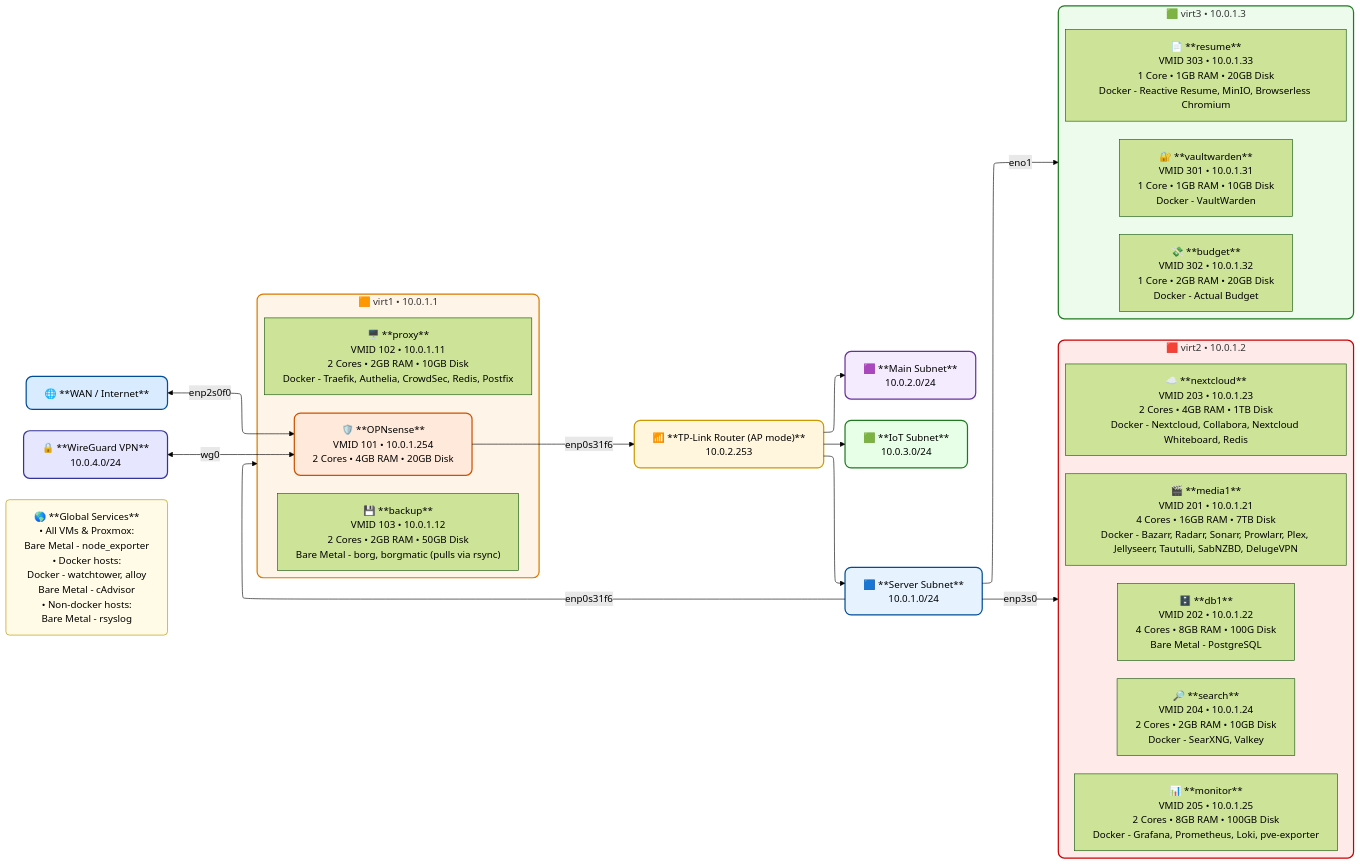
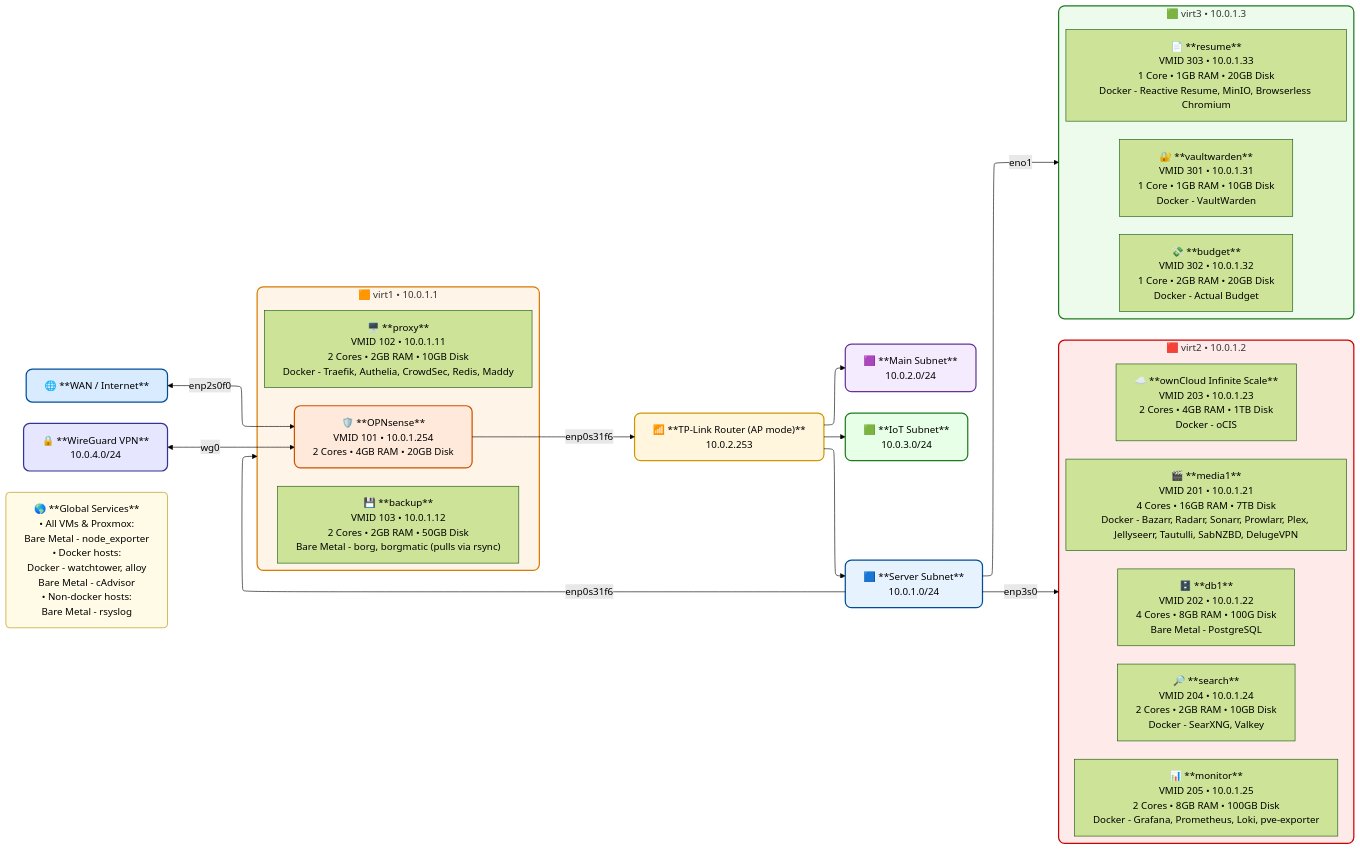
The diagram in docs/architecture.mmd (elihopk/homelab), drawn with Mermaid before and after one commit. The commit also changed 25 other files, not shown here.

First line of the commit message:
Refactor NextCloud to ownCloud migration

```diff
--- a/docs/architecture.mmd
+++ b/docs/architecture.mmd
@@ -1,84 +1,84 @@
 %%{init: {
   "startOnLoad": true,
   "securityLevel": "loose",
   "theme": "forest",
   "flowchart": {
     "htmlLabels": true,
     "padding": 15,
     "rankSpacing": 40,
     "nodeSpacing": 55,
     "wrappingWidth": 400
   },
   "layout": "elk"
 }}%%
 flowchart LR
 
 %% ===================== WAN =====================
 WAN["🌐 **WAN / Internet**"]
 style WAN fill:#d9ebff,stroke:#004c99,stroke-width:2px,rx:10,ry:10
 
 %% ===================== WireGuard =====================
 WG["🔒 **WireGuard VPN**<br />10.0.4.0/24"]
 style WG fill:#e6e6ff,stroke:#333399,stroke-width:2px,rx:10,ry:10
 
 %% ===================== OPNsense =====================
 OPN["🛡️ **OPNsense**<br />VMID 101 • 10.0.1.254<br/>2 Cores • 4GB RAM • 20GB Disk"]
 style OPN fill:#ffe9db,stroke:#cc5200,stroke-width:2px,rx:10,ry:10
 
 %% WAN to OPNsense (NIC)
 WAN <--> |enp2s0f0| OPN
 
 %% WireGuard to OPNsense (NIC)
 WG <--> |wg0| OPN
 
 %% ===================== TP-Link Router =====================
 AP["📶 **TP-Link Router (AP mode)**<br />10.0.2.253"]
 style AP fill:#fff6dd,stroke:#cc9900,stroke-width:2px,rx:10,ry:10
 OPN --> |enp0s31f6| AP
 
 %% ===================== Subnets (Aligned Row) =====================
 SUB_LAN["🟪 **Main Subnet**<br/>10.0.2.0/24"]
 style SUB_LAN fill:#f4ebff,stroke:#663399,stroke-width:2px,rx:10,ry:10
 
 SUB_IOT["🟩 **IoT Subnet**<br/>10.0.3.0/24"]
 style SUB_IOT fill:#e6ffe6,stroke:#1f7a1f,stroke-width:2px,rx:10,ry:10
 
 SUB_SRV["🟦 **Server Subnet**<br/>10.0.1.0/24"]
 style SUB_SRV fill:#e6f3ff,stroke:#004c99,stroke-width:2px,rx:10,ry:10
 
 AP --> SUB_LAN
 AP --> SUB_IOT
 AP --> SUB_SRV
 
 %% ===================== Proxmox Hosts =====================
 subgraph VIRT1["🟧 virt1 • 10.0.1.1"]
   style VIRT1 fill:#fff4e8,stroke:#d97a00,stroke-width:2px,rx:10,ry:10
   OPN
-  V1_PROXY["🖥️ **proxy**<br />VMID 102 • 10.0.1.11<br/>2 Cores • 2GB RAM • 10GB Disk<br/>Docker - Traefik, Authelia, CrowdSec, Redis, Postfix"]
+  V1_PROXY["🖥️ **proxy**<br />VMID 102 • 10.0.1.11<br/>2 Cores • 2GB RAM • 10GB Disk<br/>Docker - Traefik, Authelia, CrowdSec, Redis, Maddy"]
   V1_BACKUP["💾 **backup**<br />VMID 103 • 10.0.1.12<br/>2 Cores • 2GB RAM • 50GB Disk<br/>Bare Metal - borg, borgmatic (pulls via rsync)"]
 end
 
 subgraph VIRT2["🟥 virt2 • 10.0.1.2"]
   style VIRT2 fill:#ffeaea,stroke:#cc0000,stroke-width:2px,rx:10,ry:10
   V2_MEDIA1["🎬 **media1**<br />VMID 201 • 10.0.1.21<br/>4 Cores • 16GB RAM • 7TB Disk<br/>Docker - Bazarr, Radarr, Sonarr, Prowlarr, Plex, Jellyseerr, Tautulli, SabNZBD, DelugeVPN"]
   V2_DB1["🗄️ **db1**<br />VMID 202 • 10.0.1.22<br/>4 Cores • 8GB RAM • 100G Disk<br/>Bare Metal - PostgreSQL"]
-  V2_NEXTCLOUD["☁️ **nextcloud**<br />VMID 203 • 10.0.1.23<br/>2 Cores • 4GB RAM • 1TB Disk<br/>Docker - Nextcloud, Collabora, Nextcloud Whiteboard, Redis"]
+  V2_OWNCLOUD["☁️ **ownCloud Infinite Scale**<br />VMID 203 • 10.0.1.23<br/>2 Cores • 4GB RAM • 1TB Disk<br/>Docker - oCIS"]
   V2_SEARCH["🔎 **search**<br />VMID 204 • 10.0.1.24<br/>2 Cores • 2GB RAM • 10GB Disk<br/>Docker - SearXNG, Valkey"]
   V2_MON["📊 **monitor**<br />VMID 205 • 10.0.1.25<br/>2 Cores • 8GB RAM • 100GB Disk<br/>Docker - Grafana, Prometheus, Loki, pve-exporter"]
 end
 
 subgraph VIRT3["🟩 virt3 • 10.0.1.3"]
   style VIRT3 fill:#ecfbec,stroke:#1f7a1f,stroke-width:2px,rx:10,ry:10
   V3_VW["🔐 **vaultwarden**<br />VMID 301 • 10.0.1.31<br/>1 Core • 1GB RAM • 10GB Disk<br/>Docker - VaultWarden"]
   V3_BUDGET["💸 **budget**<br />VMID 302 • 10.0.1.32<br/>1 Core • 2GB RAM • 20GB Disk<br/>Docker - Actual Budget"]
   V3_RESUME["📄 **resume**<br />VMID 303 • 10.0.1.33<br/>1 Core • 1GB RAM • 20GB Disk<br/>Docker - Reactive Resume, MinIO, Browserless Chromium"]
 end
 
 %% ===================== Server Subnet Connections =====================
 SUB_SRV --> |enp0s31f6| VIRT1
 SUB_SRV --> |enp3s0| VIRT2
 SUB_SRV --> |eno1| VIRT3
 
 %% ===================== Global Services =====================
 LEGEND["🌎 **Global Services**<br/>• All VMs & Proxmox:<br />Bare Metal - node_exporter<br/>• Docker hosts:<br />Docker - watchtower, alloy<br />Bare Metal - cAdvisor<br/>• Non-docker hosts:<br />Bare Metal - rsyslog"]
 style LEGEND fill:#fffbe6,stroke:#b38f00,stroke-width:1px,rx:6,ry:6
```
